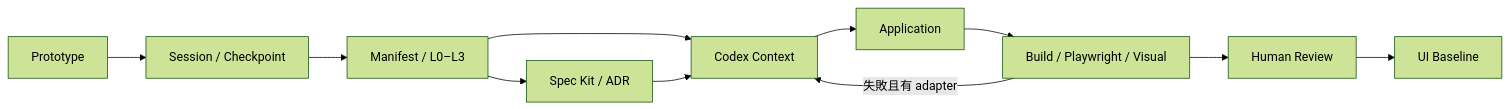
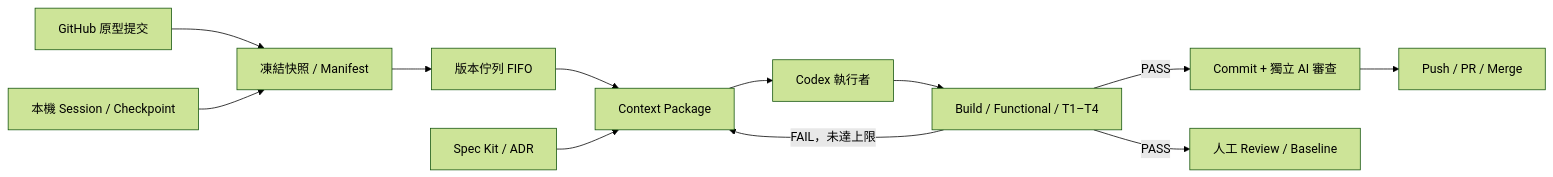
Before and after one commit to zhangqiu-ai/protoflow: the diagram in README.md, drawn with Mermaid (forest theme). The commit also changed other lines of this file and 3 other files, not shown here.

````diff
--- a/README.md
+++ b/README.md
@@ -7,13 +17,14 @@
 ```mermaid
 flowchart LR
-  P[Prototype] --> S[Session / Checkpoint]
-  S --> M[Manifest / L0–L3]
-  M --> C[Codex Context]
-  M --> K[Spec Kit / ADR]
-  K --> C
-  C --> A[Application]
-  A --> V[Build / Playwright / Visual]
-  V -->|失敗且有 adapter| C
-  V --> R[Human Review]
-  R --> B[UI Baseline]
+  G[GitHub 原型提交] --> F[凍結快照 / Manifest]
+  L[本機 Session / Checkpoint] --> F
+  F --> Q[版本佇列 FIFO]
+  Q --> C[Context Package]
+  K[Spec Kit / ADR] --> C
+  C --> X[Codex 執行者]
+  X --> V[Build / Functional / T1–T4]
+  V -->|FAIL，未達上限| C
+  V -->|PASS| D[Commit + 獨立 AI 審查]
+  D --> P[Push / PR / Merge]
+  V -->|PASS| R[人工 Review / Baseline]
 ```
````
